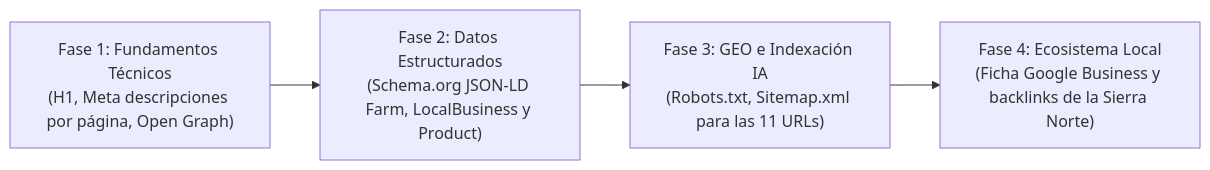
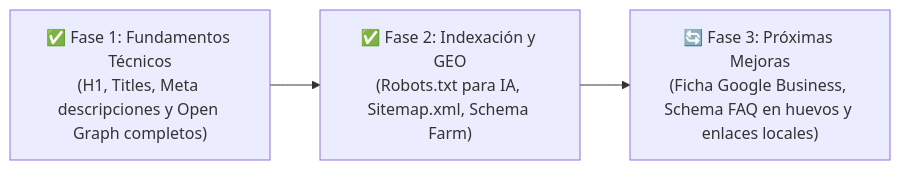
Before and after one commit to datoscarlesgutierrez-stack/libreavedriov1: the second of 2 diagrams in INFORME_SEO_IA.md, drawn with Mermaid. The commit also changed other lines of this file, not shown here.

Commit message:
docs: update SEO and GEO report with current completion status and next strategic actions

````diff
--- a/INFORME_SEO_IA.md
+++ b/INFORME_SEO_IA.md
@@ -77,6 +77,5 @@
 ```mermaid
 flowchart LR
-    Fase1["Fase 1: Fundamentos Técnicos<br/>(H1, Meta descripciones por página, Open Graph)"] --> Fase2["Fase 2: Datos Estructurados<br/>(Schema.org JSON-LD Farm, LocalBusiness y Product)"]
-    Fase2 --> Fase3["Fase 3: GEO e Indexación IA<br/>(Robots.txt, Sitemap.xml para las 11 URLs)"]
-    Fase3 --> Fase4["Fase 4: Ecosistema Local<br/>(Ficha Google Business y backlinks de la Sierra Norte)"]
+    Fase1["✅ Fase 1: Fundamentos Técnicos<br/>(H1, Titles, Meta descripciones y Open Graph completos)"] --> Fase2["✅ Fase 2: Indexación y GEO<br/>(Robots.txt para IA, Sitemap.xml, Schema Farm)"]
+    Fase2 --> Fase3["🔄 Fase 3: Próximas Mejoras<br/>(Ficha Google Business, Schema FAQ en huevos y enlaces locales)"]
 ```
````
